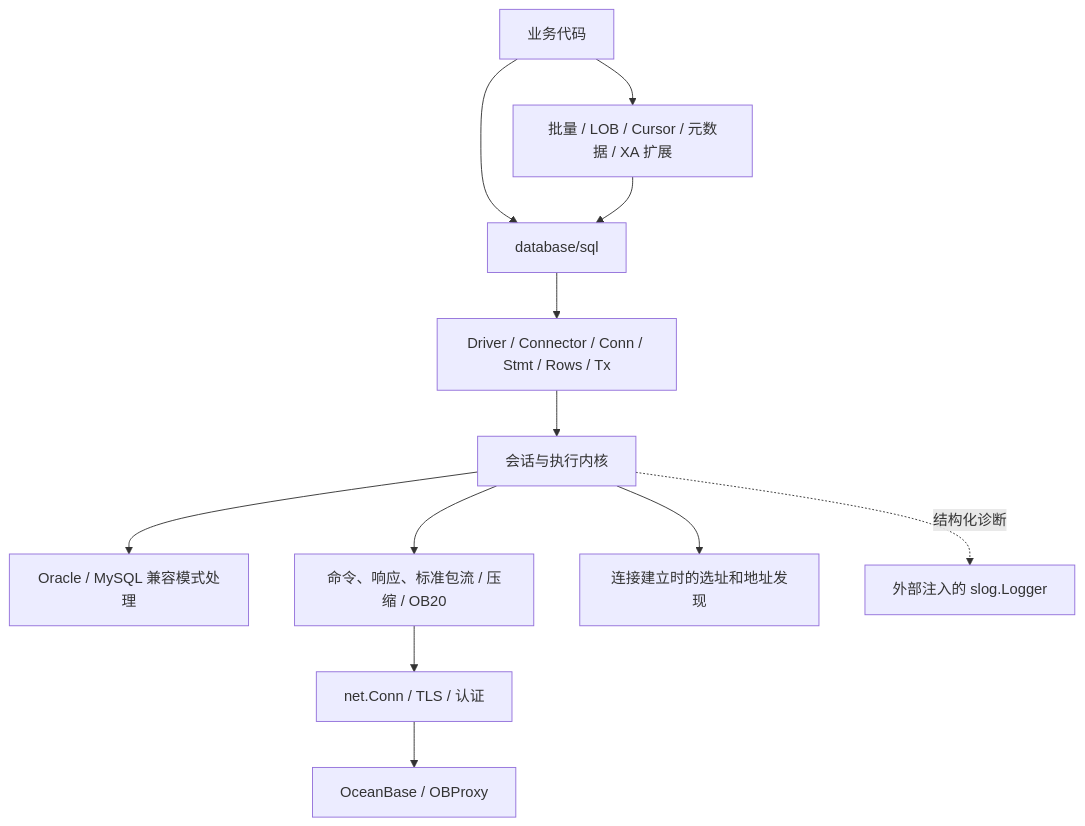
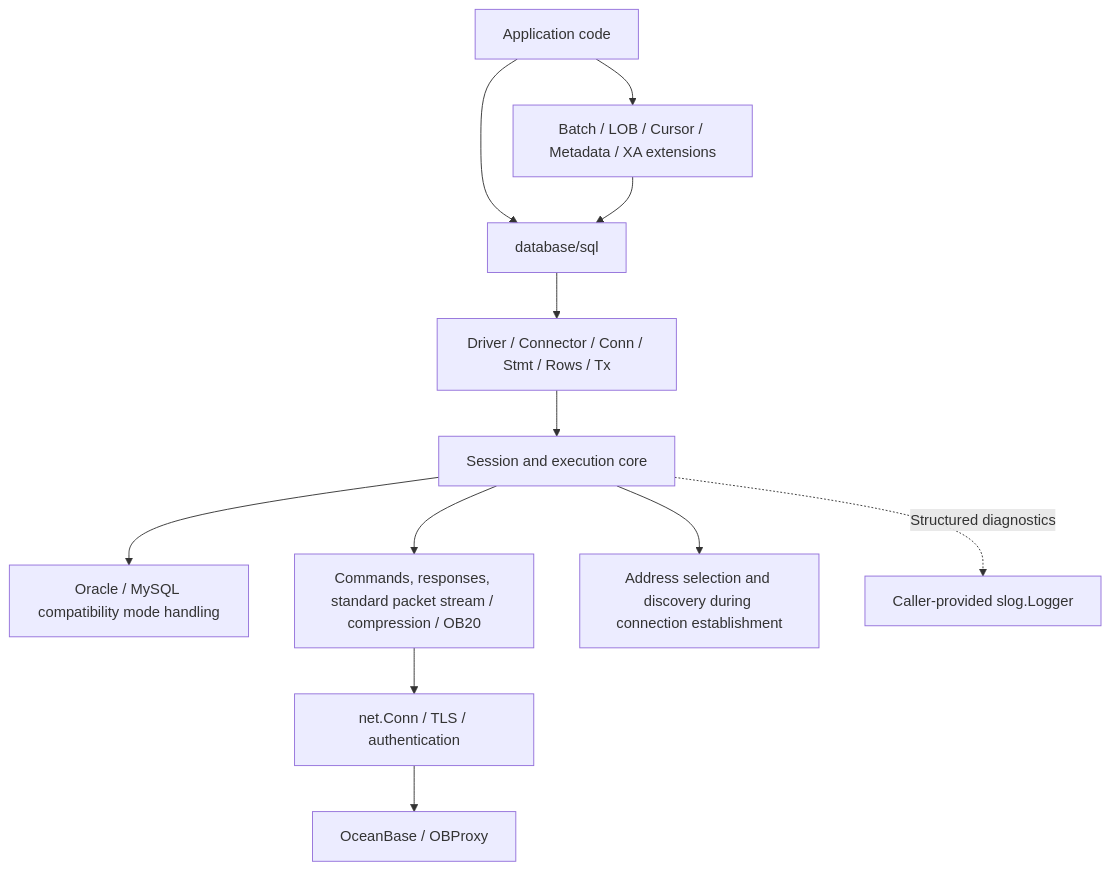
The first of 2 diagrams in docs/go-driver-architecture-design.md (cocosip/go-oceanbase), drawn with Mermaid before and after one commit. The commit also changed other lines of this file and 10 other files, not shown here.

````diff
--- a/docs/go-driver-architecture-design.md
+++ b/docs/go-driver-architecture-design.md
@@ -48,14 +48,14 @@
 ```mermaid
 flowchart TD
-    APP[业务代码] --> SQL[database/sql]
-    APP --> EXT[批量 / LOB / Cursor / 元数据 / XA 扩展]
+    APP[Application code] --> SQL[database/sql]
+    APP --> EXT[Batch / LOB / Cursor / Metadata / XA extensions]
     EXT --> SQL
     SQL --> ADAPTER[Driver / Connector / Conn / Stmt / Rows / Tx]
-    ADAPTER --> CORE[会话与执行内核]
-    CORE --> MODE[Oracle / MySQL 兼容模式处理]
-    CORE --> WIRE[命令、响应、标准包流 / 压缩 / OB20]
-    CORE --> ROUTE[连接建立时的选址和地址发现]
-    WIRE --> NET[net.Conn / TLS / 认证]
+    ADAPTER --> CORE[Session and execution core]
+    CORE --> MODE[Oracle / MySQL compatibility mode handling]
+    CORE --> WIRE[Commands, responses, standard packet stream / compression / OB20]
+    CORE --> ROUTE[Address selection and discovery during connection establishment]
+    WIRE --> NET[net.Conn / TLS / authentication]
     NET --> OB[OceanBase / OBProxy]
-    CORE -. 结构化诊断 .-> LOG[外部注入的 slog.Logger]
+    CORE -. Structured diagnostics .-> LOG[Caller-provided slog.Logger]
 ```
````
